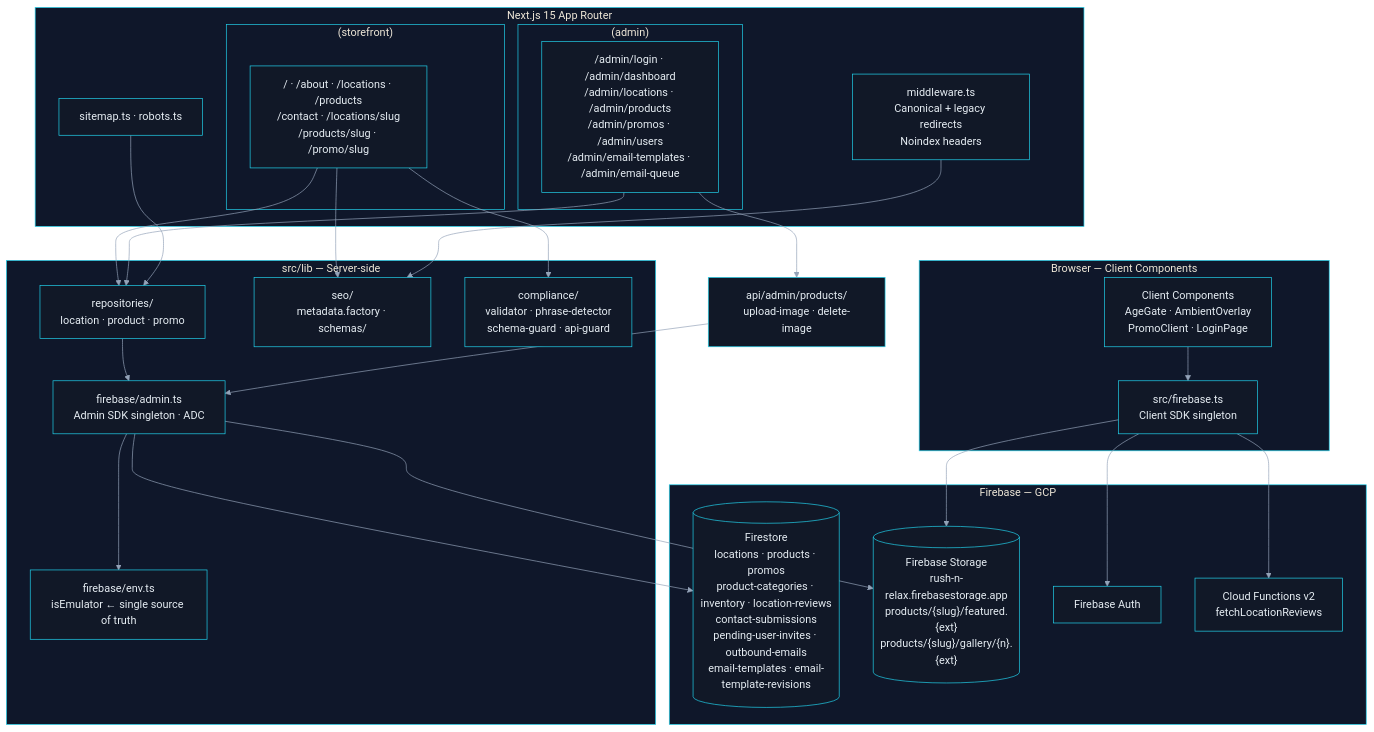
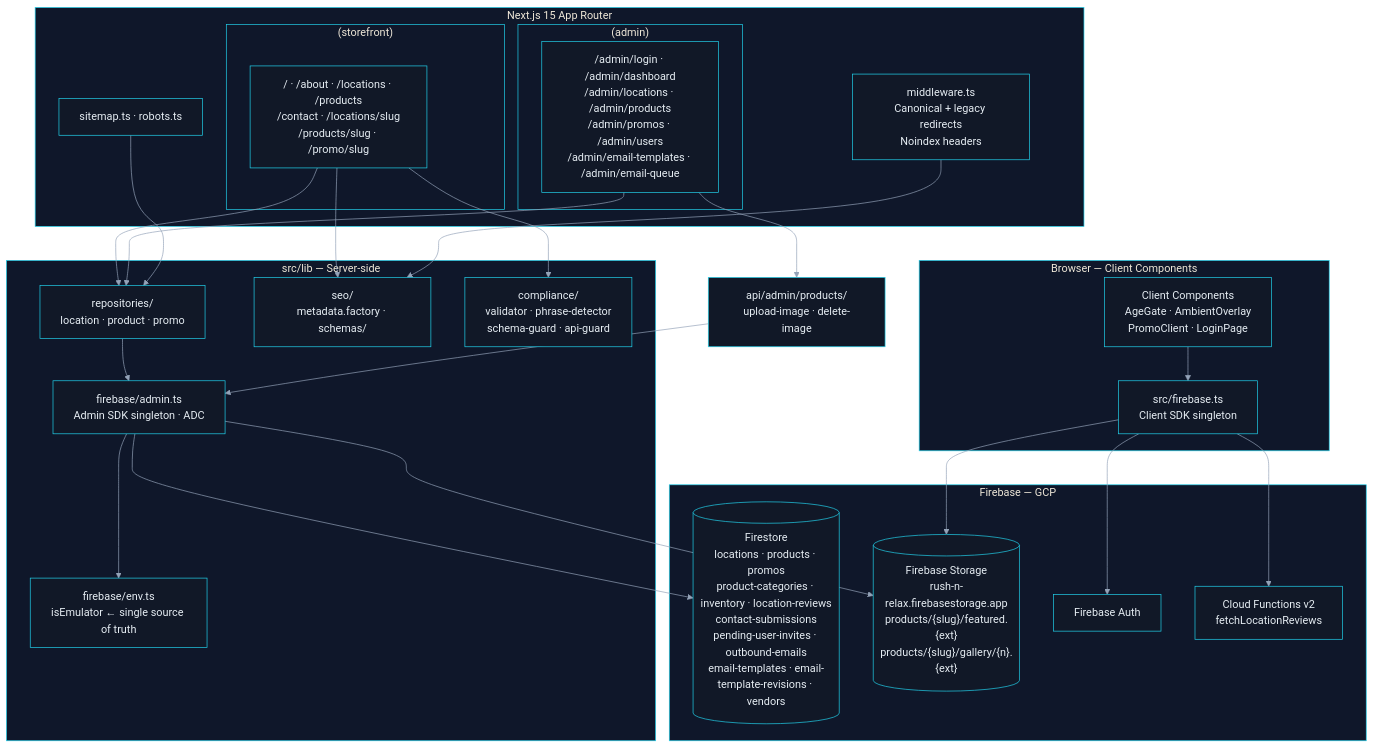
The second of 5 diagrams in docs/engineering/architecture.md (brewski-beers/rush-n-relax), drawn with Mermaid before and after one commit. The commit also changed other lines of this file and 5 other files, not shown here.

Commit message:
feat: add vendors Firestore type, repository, and seed data (closes #57)

````diff
--- a/docs/engineering/architecture.md
+++ b/docs/engineering/architecture.md
@@ -59,55 +59,55 @@
 ```mermaid
 %%{init: {'theme': 'base', 'themeVariables': {'background': '#0b0f17', 'primaryColor': '#111827', 'primaryTextColor': '#e6edf3', 'primaryBorderColor': '#22d3ee', 'lineColor': '#94a3b8', 'secondaryColor': '#0f172a', 'tertiaryColor': '#111827', 'clusterBkg': '#0f172a', 'clusterBorder': '#22d3ee', 'fontFamily': 'Avenir Next, Avenir, Segoe UI, sans-serif'}}}%%
 
 graph TB
 
     subgraph CLIENT["Browser — Client Components"]
         CSK["src/firebase.ts\nClient SDK singleton"]
         CC["Client Components\nAgeGate · AmbientOverlay\nPromoClient · LoginPage"]
     end
 
     subgraph NEXT["Next.js 15 App Router"]
         MW["middleware.ts\nCanonical + legacy redirects\nNoindex headers"]
         subgraph SF["(storefront)"]
             SFP["/ · /about · /locations · /products\n/contact · /locations/slug\n/products/slug · /promo/slug"]
         end
         subgraph ADM["(admin)"]
             ADMP["/admin/login · /admin/dashboard\n/admin/locations · /admin/products\n/admin/promos · /admin/users\n/admin/email-templates · /admin/email-queue"]
         end
         SITE["sitemap.ts · robots.ts"]
     end
 
     subgraph LIB["src/lib — Server-side"]
         ENV["firebase/env.ts\nisEmulator ← single source of truth"]
         ADMIN["firebase/admin.ts\nAdmin SDK singleton · ADC"]
         REPO["repositories/\nlocation · product · promo"]
         SEO["seo/\nmetadata.factory · schemas/"]
         COMP["compliance/\nvalidator · phrase-detector\nschema-guard · api-guard"]
     end
 
     subgraph GCP["Firebase — GCP"]
-        FS[("Firestore\nlocations · products · promos\nproduct-categories · inventory · location-reviews\ncontact-submissions\npending-user-invites · outbound-emails\nemail-templates · email-template-revisions")]
+        FS[("Firestore\nlocations · products · promos\nproduct-categories · inventory · location-reviews\ncontact-submissions\npending-user-invites · outbound-emails\nemail-templates · email-template-revisions · vendors")]
         GCS[("Firebase Storage\nrush-n-relax.firebasestorage.app\nproducts/{slug}/featured.{ext}\nproducts/{slug}/gallery/{n}.{ext}")]
         AUTH["Firebase Auth"]
         FN["Cloud Functions v2\nfetchLocationReviews"]
     end
 
     CC --> CSK
     CSK --> AUTH
     CSK --> FN
     CSK --> GCS
     SFP --> REPO
     SFP --> SEO
     SFP --> COMP
     ADMP --> REPO
     ADMP --> UPLOAD["api/admin/products/\nupload-image · delete-image"]
     SITE --> REPO
     REPO --> ADMIN
     UPLOAD --> ADMIN
     ADMIN --> ENV
     ADMIN --> FS
     ADMIN --> GCS
     MW --> SEO
 
     classDef title fill:#020617,color:#e6edf3,stroke:#22d3ee,stroke-width:2px;
 ```
````
